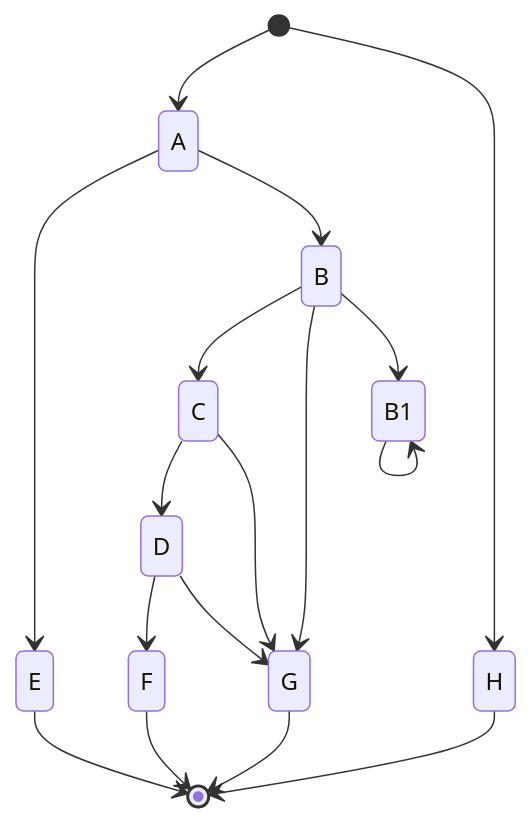
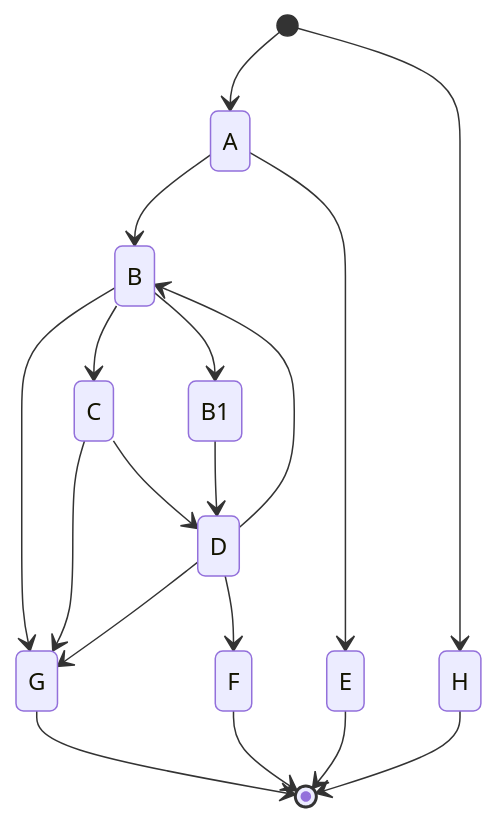
The diagram in examples/CYCLICAL.md (Nejat/stately), drawn with Mermaid before and after one commit. The commit also changed other lines of this file and 28 other files, not shown here.

````diff
--- a/examples/CYCLICAL.md
+++ b/examples/CYCLICAL.md
@@ -3,19 +3,20 @@
 ```mermaid
 stateDiagram-v2
     [*] --> A
     A --> E
     A --> B
     B --> C
     B --> G
+    C --> G
+    C --> D
+    G --> [*]
     B --> B1
-    B1 --> B1
-    C --> D
+    B1 --> D
     D --> F
+    D --> B
     D --> G
     F --> [*]
-    C --> G
-    G --> [*]
     E --> [*]
     [*] --> H
     H --> [*]
 ```
````
